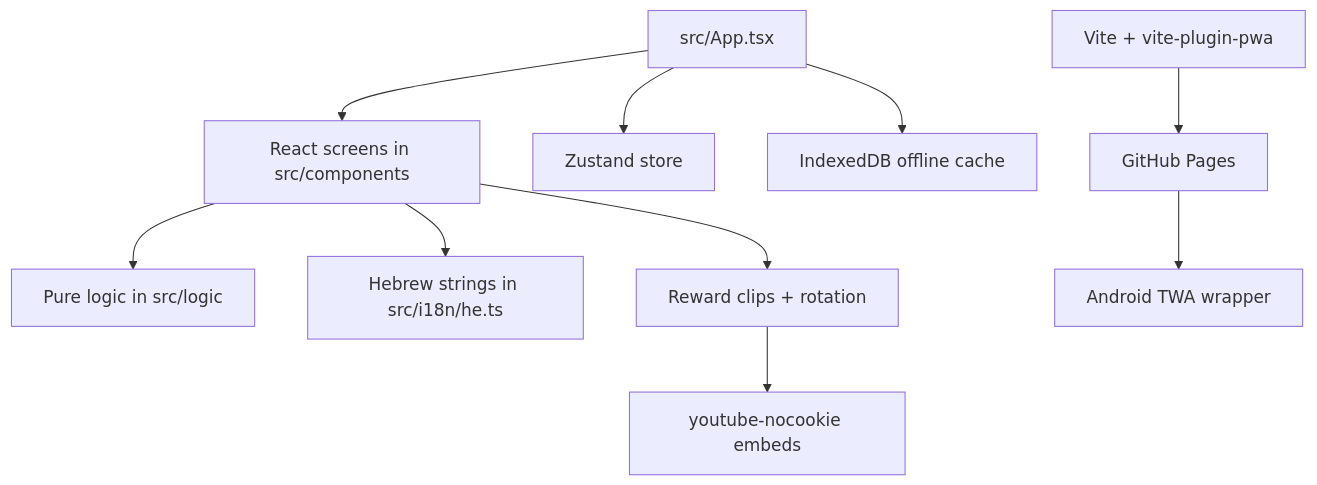
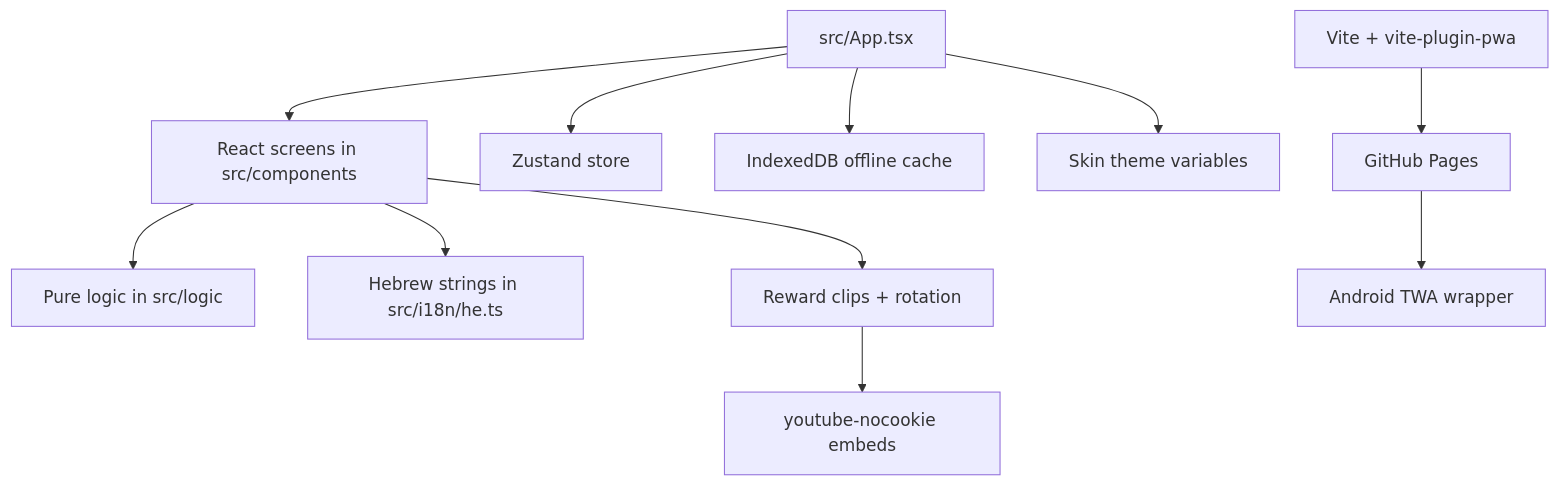
One commit to gdarmon/JudoMath changed the diagram in docs/CODE.md. Above: the diagram before and after it, drawn with Mermaid. The commit also changed other lines of this file and 20 other files, not shown here.

````diff
--- a/docs/CODE.md
+++ b/docs/CODE.md
@@ -8,12 +8,13 @@
 ```mermaid
 flowchart TD
   App["src/App.tsx"] --> Screens["React screens in src/components"]
   Screens --> Logic["Pure logic in src/logic"]
   Screens --> Text["Hebrew strings in src/i18n/he.ts"]
   App --> Store["Zustand store"]
   App --> Cache["IndexedDB offline cache"]
+  App --> Skins["Skin theme variables"]
   Screens --> Clips["Reward clips + rotation"]
   Clips --> YouTube["youtube-nocookie embeds"]
   Build["Vite + vite-plugin-pwa"] --> Pages["GitHub Pages"]
   Pages --> Android["Android TWA wrapper"]
 ```
````
